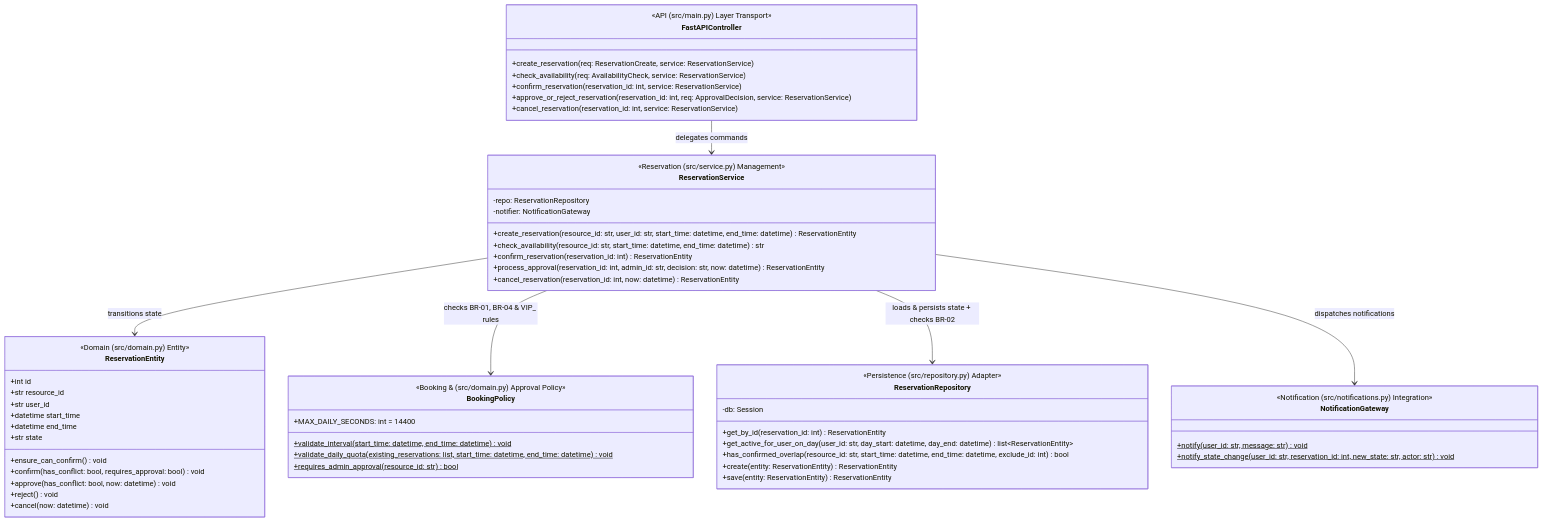
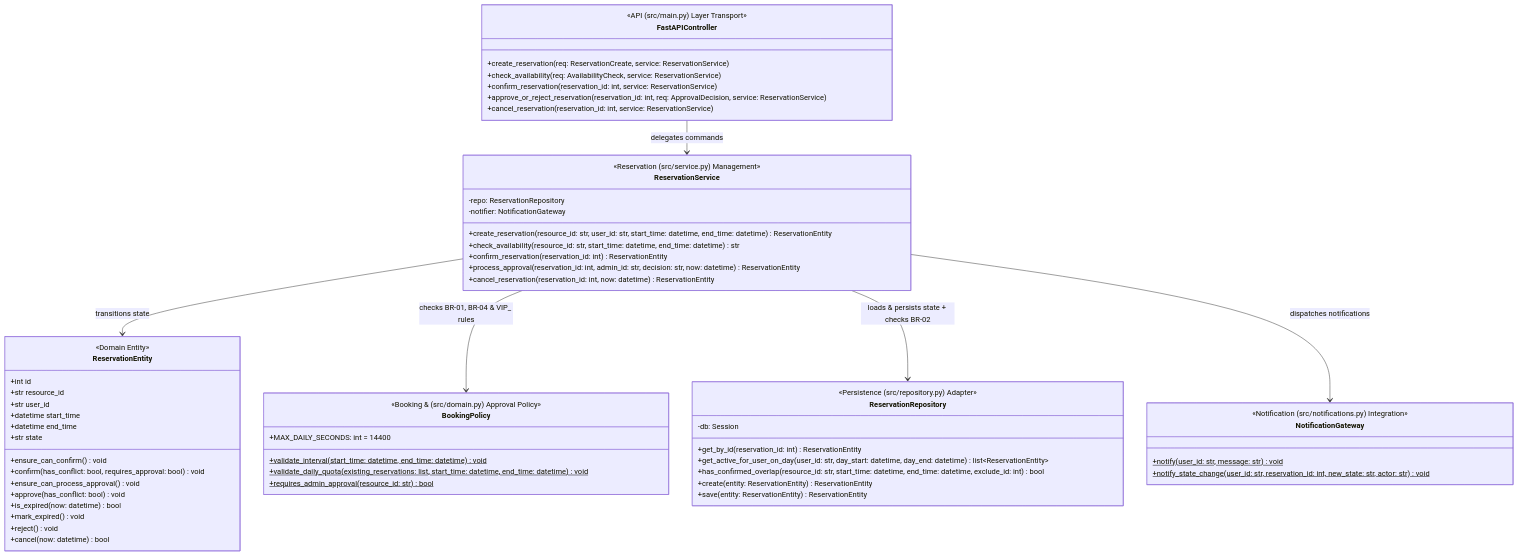
Before and after one commit to abdul-kasif/swi-c01-study-room-reservation: the fourth of 6 diagrams in docs/architecture-and-decisions.md, drawn with Mermaid. The commit also changed other lines of this file, not shown here.

Commit message:
docs: Align architecture diagrams with actual domain engine interfaces
Update 'docs/architecture-and-decisions.md' to synchronize the logical and
detailed design class models with the concrete 'src/domain.py' interface.

The prior documentation lacked structural specifications for state machine
precondition guards and lifecycle expiration routines. This patch adjusts
the Mermaid class diagrams by adding explicit validation methods:
  - ensure_can_confirm() and ensure_can_process_approval() state guards.
  - is_expired(now) evaluation queries and mark_expired() fallback commands.
  - Updating the cancel(now) signature to return an explicit boolean indicator
    to support idempotent execution profiling.

Aligning these specifications eliminates structural drift between our design
blueprints and our decoupled application source files.

````diff
--- a/docs/architecture-and-decisions.md
+++ b/docs/architecture-and-decisions.md
@@ -501,67 +505,70 @@
 ```mermaid
 classDiagram
     class FastAPIController {
         <<API (src/main.py) Layer Transport>>
         +create_reservation(req: ReservationCreate, service: ReservationService)
         +check_availability(req: AvailabilityCheck, service: ReservationService)
         +confirm_reservation(reservation_id: int, service: ReservationService)
         +approve_or_reject_reservation(reservation_id: int, req: ApprovalDecision, service: ReservationService)
         +cancel_reservation(reservation_id: int, service: ReservationService)
     }
 
     class ReservationService {
         <<Reservation (src/service.py) Management>>
         -repo: ReservationRepository
         -notifier: NotificationGateway
         +create_reservation(resource_id: str, user_id: str, start_time: datetime, end_time: datetime) ReservationEntity
         +check_availability(resource_id: str, start_time: datetime, end_time: datetime) str
         +confirm_reservation(reservation_id: int) ReservationEntity
         +process_approval(reservation_id: int, admin_id: str, decision: str, now: datetime) ReservationEntity
         +cancel_reservation(reservation_id: int, now: datetime) ReservationEntity
     }
 
-    class ReservationEntity {
-        <<Domain (src/domain.py) Entity>>
+  class ReservationEntity {
+        <<Domain Entity>>
         +int id
         +str resource_id
         +str user_id
         +datetime start_time
         +datetime end_time
         +str state
         +ensure_can_confirm() void
         +confirm(has_conflict: bool, requires_approval: bool) void
-        +approve(has_conflict: bool, now: datetime) void
+        +ensure_can_process_approval() void
+        +approve(has_conflict: bool) void
+        +is_expired(now: datetime) bool
+        +mark_expired() void
         +reject() void
-        +cancel(now: datetime) void
+        +cancel(now: datetime) bool
     }
 
     class BookingPolicy {
         <<Booking & (src/domain.py) Approval Policy>>
         +MAX_DAILY_SECONDS: int = 14400
         +validate_interval(start_time: datetime, end_time: datetime)$ void
         +validate_daily_quota(existing_reservations: list, start_time: datetime, end_time: datetime)$ void
         +requires_admin_approval(resource_id: str)$ bool
     }
 
     class ReservationRepository {
         <<Persistence (src/repository.py) Adapter>>
         -db: Session
         +get_by_id(reservation_id: int) ReservationEntity
         +get_active_for_user_on_day(user_id: str, day_start: datetime, day_end: datetime) list~ReservationEntity~
         +has_confirmed_overlap(resource_id: str, start_time: datetime, end_time: datetime, exclude_id: int) bool
         +create(entity: ReservationEntity) ReservationEntity
         +save(entity: ReservationEntity) ReservationEntity
     }
 
     class NotificationGateway {
         <<Notification (src/notifications.py) Integration>>
         +notify(user_id: str, message: str)$ void
         +notify_state_change(user_id: str, reservation_id: int, new_state: str, actor: str)$ void
     }
 
     FastAPIController --> ReservationService : delegates commands
     ReservationService --> ReservationEntity : transitions state
     ReservationService --> BookingPolicy : checks BR-01, BR-04 & VIP_ rules
     ReservationService --> ReservationRepository : loads & persists state + checks BR-02
     ReservationService --> NotificationGateway : dispatches notifications
 ```
````
